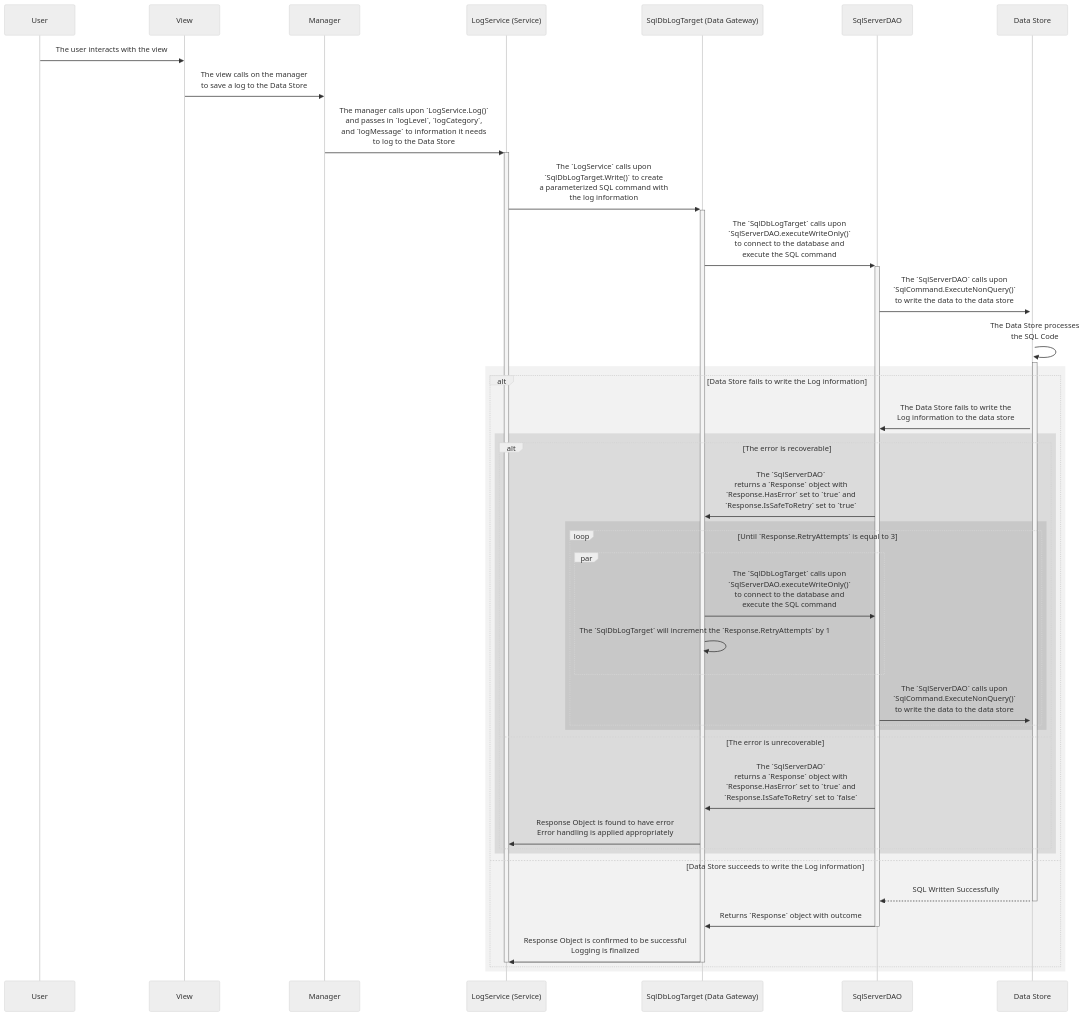
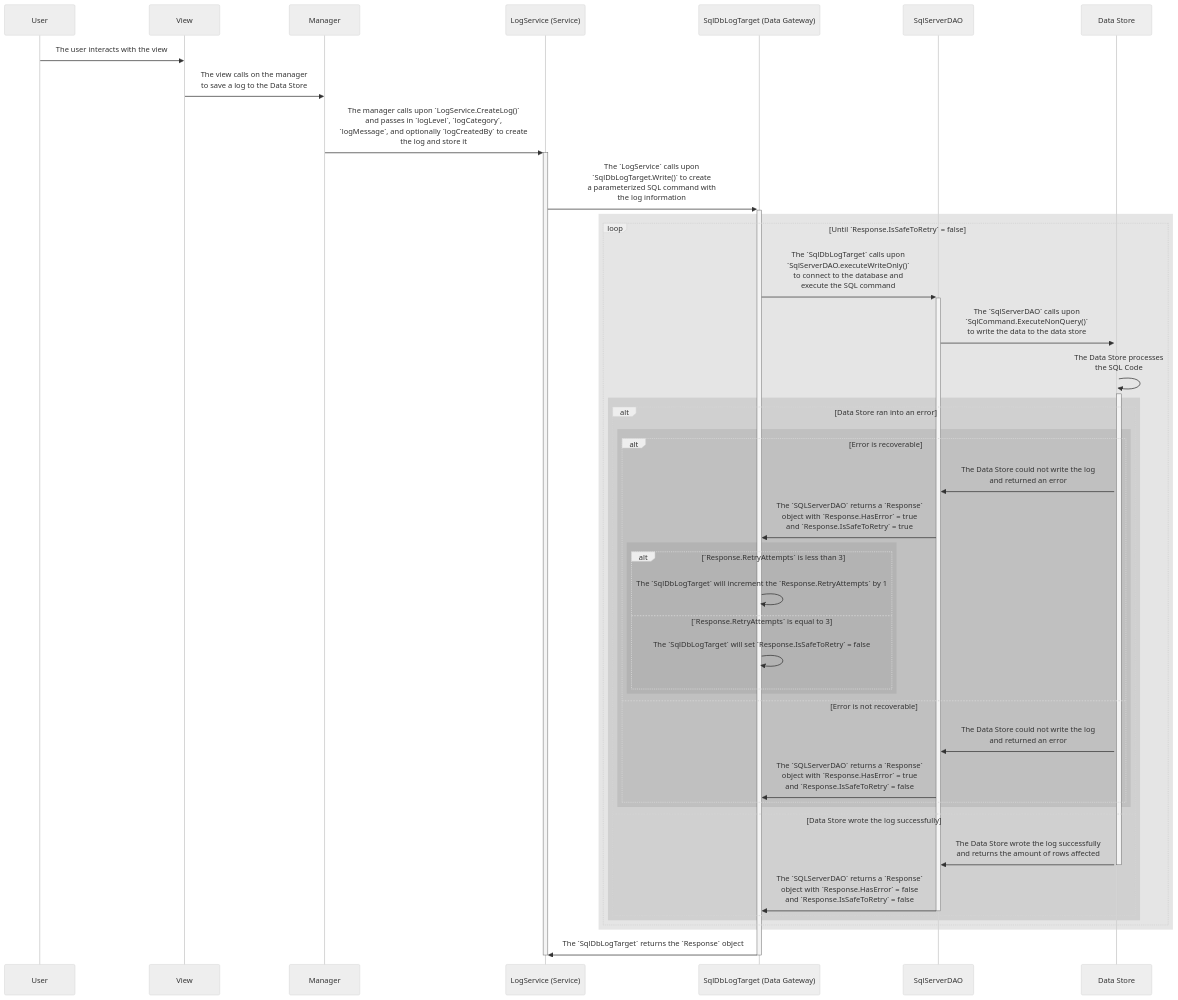
One commit to MNRainDrop/CECS-491A-Spec changed the diagram in Project Documents/Low Level Design Documents/LoggingLibrary.mmd. Above: the diagram before and after it, drawn with Mermaid (neutral theme). The commit also changed 2 other files, not shown here.

Commit message:
Added Sequence Diagrams for Low Level Design

```diff
--- a/Project Documents/Low Level Design Documents/LoggingLibrary.mmd
+++ b/Project Documents/Low Level Design Documents/LoggingLibrary.mmd
@@ -1,44 +1,48 @@
 sequenceDiagram
 participant U as User
 participant V as View
 participant M as Manager
 participant S as LogService (Service)
 participant DG as SqlDbLogTarget (Data Gateway)
 participant DA as SqlServerDAO
 participant DS as Data Store
 
 U->>V: The user interacts with the view
 V->>M: The view calls on the manager<br>to save a log to the Data Store
-M->>+S: The manager calls upon `LogService.Log()`<br>and passes in `logLevel`, `logCategory`,<br>and `logMessage` to information it needs<br>to log to the Data Store
+M->>+S: The manager calls upon `LogService.CreateLog()`<br>and passes in `logLevel`, `logCategory`,<br>`logMessage`, and optionally `logCreatedBy` to create<br>the log and store it
 S->>+DG: The `LogService` calls upon<br>`SqlDbLogTarget.Write()` to create <br> a parameterized SQL command with<br>the log information
-DG->>+DA: The `SqlDbLogTarget` calls upon <br> `SqlServerDAO.executeWriteOnly()`<br>to connect to the database and<br>execute the SQL command
-DA->>+DS: The `SqlServerDAO` calls upon<br>`SqlCommand.ExecuteNonQuery()`<br>to write the data to the data store
-DS->>+DS: The Data Store processes<br> the SQL Code
 
-rect rgba(127,127,127,.1)
-alt Data Store fails to write the Log information
-    DS->>DA: The Data Store fails to write the<br>Log information to the data store
-    rect rgba(127,127,127,.2)
-    alt The error is recoverable
-        DA->>DG: The `SqlServerDAO`<br>returns a `Response` object with<br>`Response.HasError` set to `true` and<br>`Response.IsSafeToRetry` set to `true`
-        rect rgba(127, 127, 127, 0.2)
-        loop Until `Response.RetryAttempts` is equal to 3
-            par
-                DG->>DA: The `SqlDbLogTarget` calls upon <br> `SqlServerDAO.executeWriteOnly()`<br>to connect to the database and<br>execute the SQL command
+rect rgba(127, 127, 127,.2)
+loop Until `Response.IsSafeToRetry` = false
+    DG->>+DA: The `SqlDbLogTarget` calls upon <br> `SqlServerDAO.executeWriteOnly()`<br>to connect to the database and<br>execute the SQL command
+    DA->>+DS: The `SqlServerDAO` calls upon<br>`SqlCommand.ExecuteNonQuery()`<br>to write the data to the data store
+    DS->>+DS: The Data Store processes<br> the SQL Code
+
+    rect rgba(127, 127, 127, .2)
+    alt Data Store ran into an error
+        rect rgba(127, 127, 127, .2)
+        alt Error is recoverable
+            DS->>DA: The Data Store could not write the log<br>and returned an error
+            DA->>DG: The `SQLServerDAO` returns a `Response`<br> object with `Response.HasError` = true<br> and `Response.IsSafeToRetry` = true
+            rect rgba(127, 127, 127, .2)
+            alt `Response.RetryAttempts` is less than 3
                 DG->>DG: The `SqlDbLogTarget` will increment the `Response.RetryAttempts` by 1
+            else `Response.RetryAttempts` is equal to 3
+                DG->>DG: The `SqlDbLogTarget` will set `Response.IsSafeToRetry` = false
             end
-            DA->>DS: The `SqlServerDAO` calls upon<br>`SqlCommand.ExecuteNonQuery()`<br>to write the data to the data store
+            end
+        else Error is not recoverable
+            DS->>DA: The Data Store could not write the log<br>and returned an error
+            DA->>DG: The `SQLServerDAO` returns a `Response`<br> object with `Response.HasError` = true<br> and `Response.IsSafeToRetry` = false
+        
         end
         end
-    else The error is unrecoverable
-        DA->>DG: The `SqlServerDAO`<br>returns a `Response` object with<br>`Response.HasError` set to `true` and<br>`Response.IsSafeToRetry` set to `false`
-        DG->>S: Response Object is found to have error<br> Error handling is applied appropriately
+    else Data Store wrote the log successfully
+        DS->>-DA: The Data Store wrote the log successfully<br>and returns the amount of rows affected
+        DA->>-DG: The `SQLServerDAO` returns a `Response`<br> object with `Response.HasError` = false<br>and `Response.IsSafeToRetry` = false
     end
     end
-else Data Store succeeds to write the Log information
-    DS-->>-DA: SQL Written Successfully
-    DA->>-DG: Returns `Response` object with outcome
-    DG->>-S: Response Object is confirmed to be successful<br>Logging is finalized
-    deactivate S
 end
 end
+DG->>-S: The `SqlDbLogTarget` returns the `Response` object
+deactivate S
```
